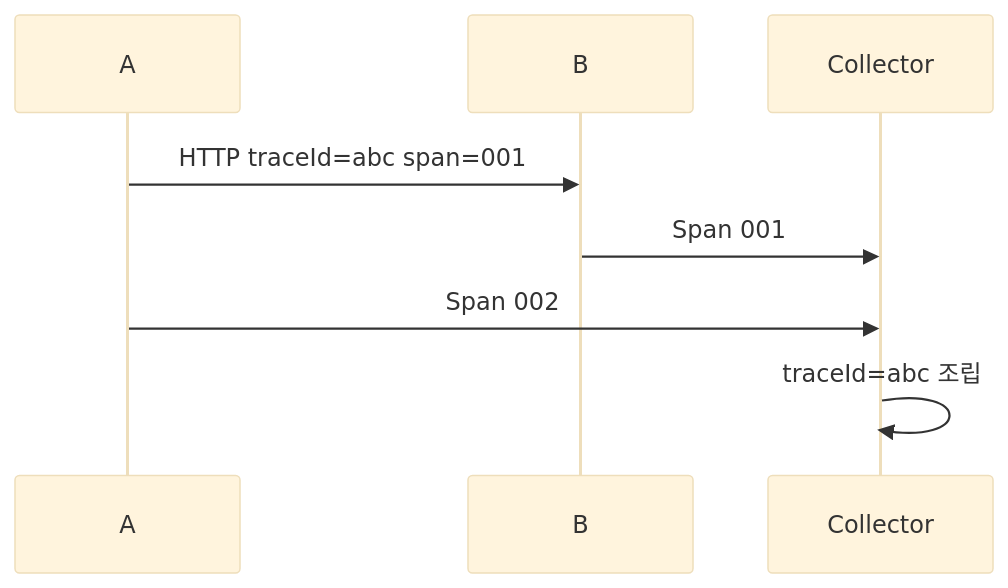
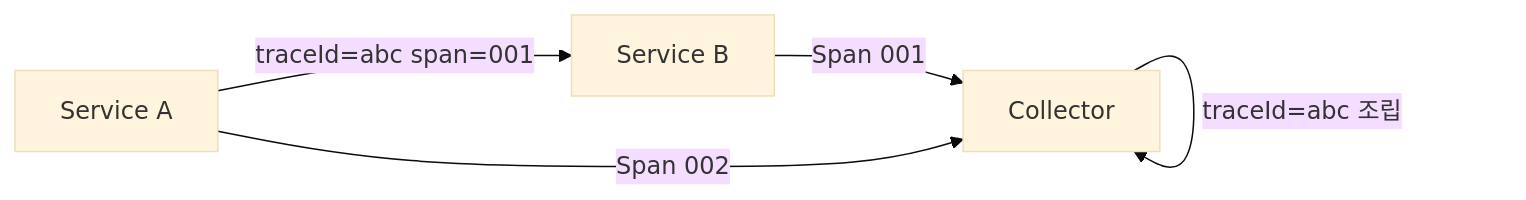
One commit to yjkim2015/yjkim2015.github.io changed the second of 7 diagrams in _posts/monitoring/2026-05-03-distributed-tracing.md. Above: the diagram before and after it, drawn with Mermaid (base theme). The commit also changed other lines of this file and 84 other files, not shown here.

First line of the commit message:
85개 포스트 Mermaid 다이어그램 규칙 일괄 수정

````diff
--- a/_posts/monitoring/2026-05-03-distributed-tracing.md
+++ b/_posts/monitoring/2026-05-03-distributed-tracing.md
@@ -89,10 +89,7 @@
 ```mermaid
-sequenceDiagram
-    participant A as A
-    participant B as B
-    participant COL as Collector
-    A->>B: HTTP traceId=abc span=001
-    B->>COL: Span 001
-    A->>COL: Span 002
-    COL->>COL: traceId=abc 조립
+graph LR
+    A["Service A"] -->|"traceId=abc span=001"| B["Service B"]
+    B -->|"Span 001"| COL["Collector"]
+    A -->|"Span 002"| COL
+    COL -->|"traceId=abc 조립"| COL
 ```
````
